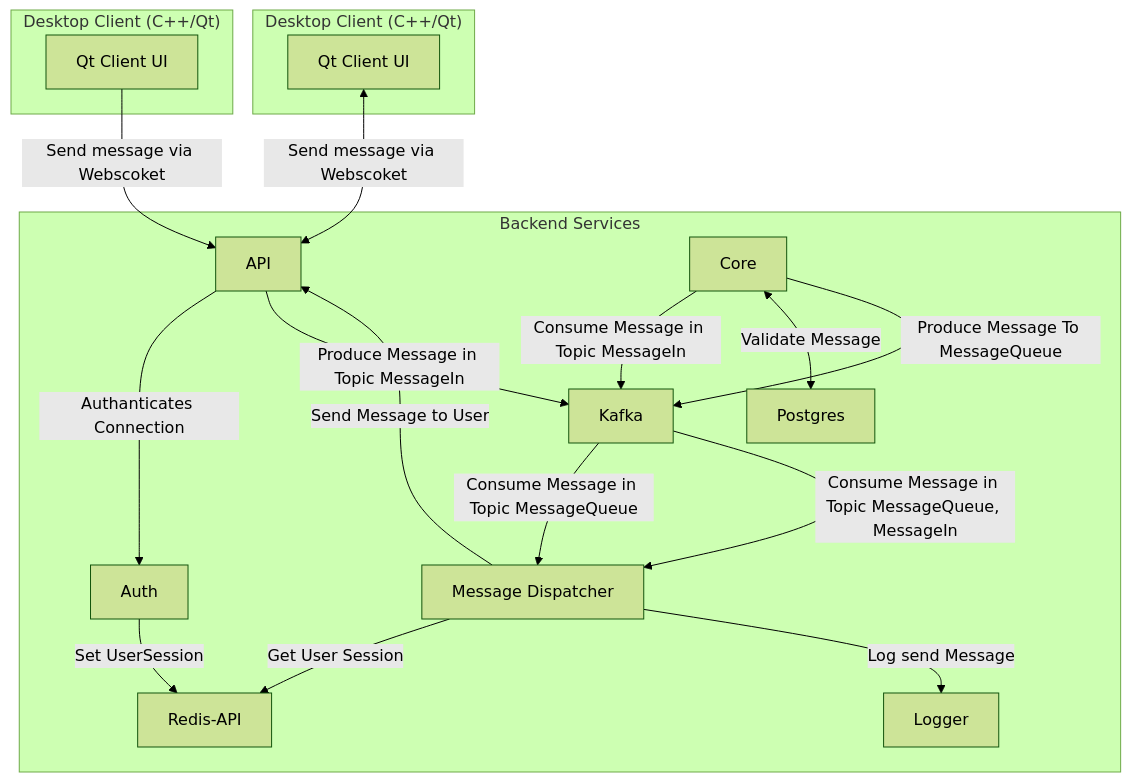
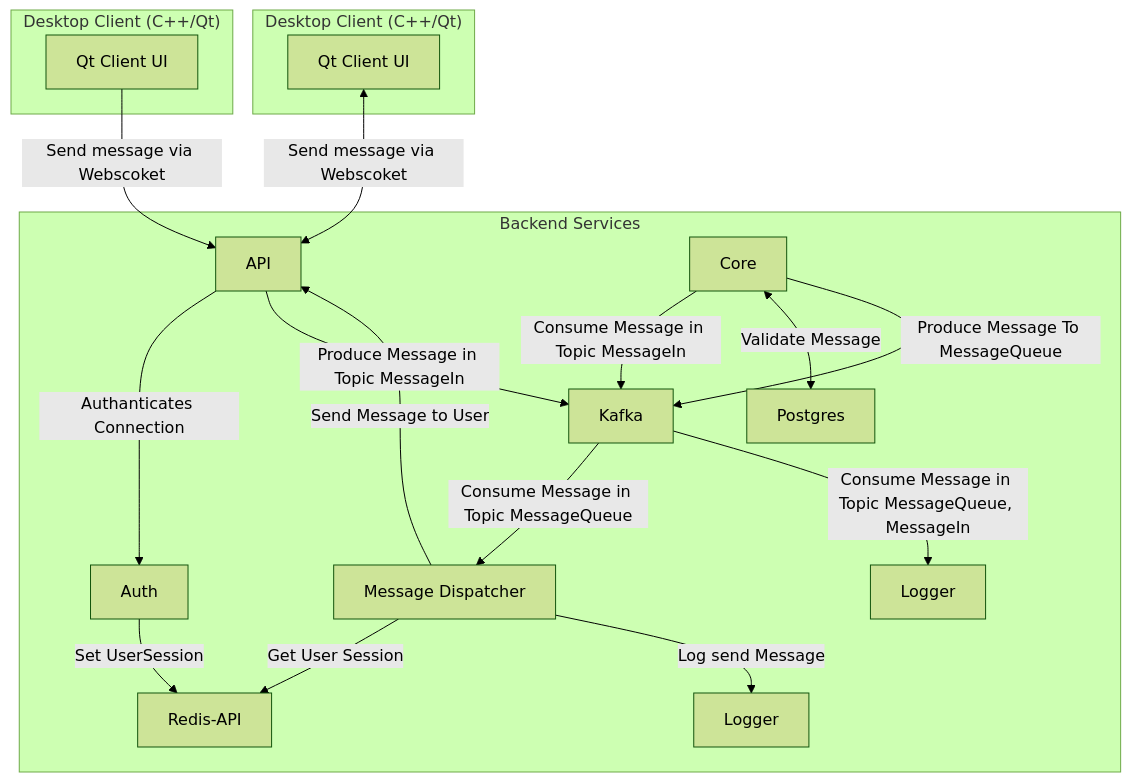
The diagram in Backend/BackendPlan.md (DeanPrangenberg/Ventra-Messenger-Backend), drawn with Mermaid (forest theme) before and after one commit.

````diff
--- a/Backend/BackendPlan.md
+++ b/Backend/BackendPlan.md
@@ -3,39 +3,39 @@
 ```mermaid
   graph TD
     subgraph Client-1["Desktop Client (C++/Qt)"]
         UI1[Qt Client UI]
     end
 
     subgraph Client-2["Desktop Client (C++/Qt)"]
         UI2[Qt Client UI]
     end
     
     UI1 --> |Send message via Webscoket|API[API]
     UI2 <--> |Send message via Webscoket|API[API]
     
     subgraph Backend["Backend Services"]
         API[API]
         KAFKA[Kafka]
         REDIS-API[Redis-API]
         LOGGER[Logger]
         CORE[Core]
         AUTH[Auth]
         MD[Message Dispatcher]
         POSTGRES[Postgres]
 
         API --> |Authanticates Connection| AUTH
         AUTH --> |Set UserSession| REDIS-API
         API --> |Produce Message in Topic MessageIn| KAFKA
 
         CORE --> |Consume Message in Topic MessageIn| KAFKA
         CORE <--> |Validate Message| POSTGRES
         CORE --> |Produce Message To MessageQueue| KAFKA
 
         KAFKA --> |Consume Message in Topic MessageQueue| MD
         MD --> |Get User Session| REDIS-API
         MD --> |Log send Message| LOGGER
         MD --> |Send Message to User| API
 
-        KAFKA --> |Consume Message in Topic MessageQueue, MessageIn| MD
+        KAFKA --> |Consume Message in Topic MessageQueue, MessageIn| Logger
     end
 ```
````
